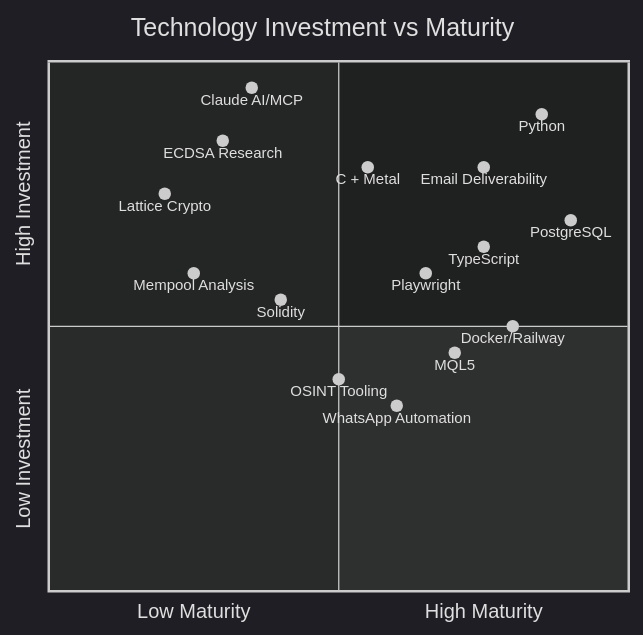
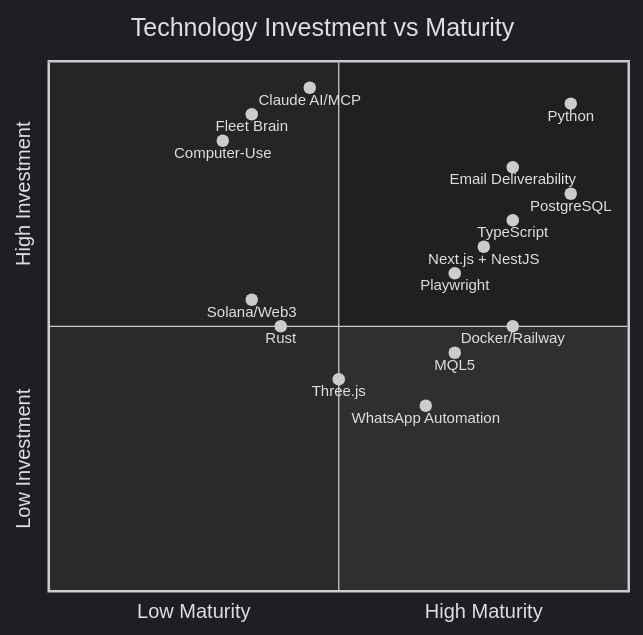
The ninth of 15 diagrams in README.md (MatheusAgueda/MatheusAgueda), drawn with Mermaid before and after one commit. The commit also changed other lines of this file, not shown here.

First line of the commit message:
feat: redesign profile — remove CIA/security, add Fleet Brain, update stats to 2026

````diff
--- a/README.md
+++ b/README.md
@@ -776,23 +738,23 @@
 ```mermaid
 %%{init: {'theme': 'dark'}}%%
 quadrantChart
     title Technology Investment vs Maturity
     x-axis Low Maturity --> High Maturity
     y-axis Low Investment --> High Investment
 
-    Python: [0.85, 0.90]
-    TypeScript: [0.75, 0.65]
-    C + Metal: [0.55, 0.80]
+    Python: [0.90, 0.92]
+    TypeScript: [0.80, 0.70]
     MQL5: [0.70, 0.45]
-    Solidity: [0.40, 0.55]
-    PostgreSQL: [0.90, 0.70]
-    Claude AI/MCP: [0.35, 0.95]
-    Playwright: [0.65, 0.60]
+    Rust: [0.40, 0.50]
+    PostgreSQL: [0.90, 0.75]
+    Claude AI/MCP: [0.45, 0.95]
+    Fleet Brain: [0.35, 0.90]
+    Playwright: [0.70, 0.60]
     Docker/Railway: [0.80, 0.50]
-    ECDSA Research: [0.30, 0.85]
-    Lattice Crypto: [0.20, 0.75]
-    Mempool Analysis: [0.25, 0.60]
-    Email Deliverability: [0.75, 0.80]
-    OSINT Tooling: [0.50, 0.40]
-    WhatsApp Automation: [0.60, 0.35]
+    Computer-Use: [0.30, 0.85]
+    Three.js: [0.50, 0.40]
+    Email Deliverability: [0.80, 0.80]
+    WhatsApp Automation: [0.65, 0.35]
+    Next.js + NestJS: [0.75, 0.65]
+    Solana/Web3: [0.35, 0.55]
 ```
````
